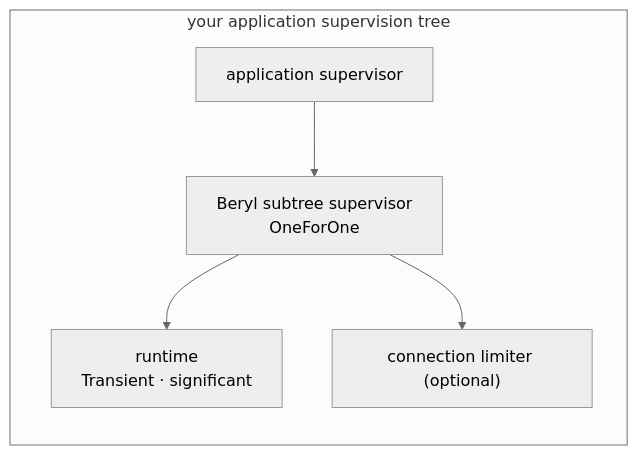
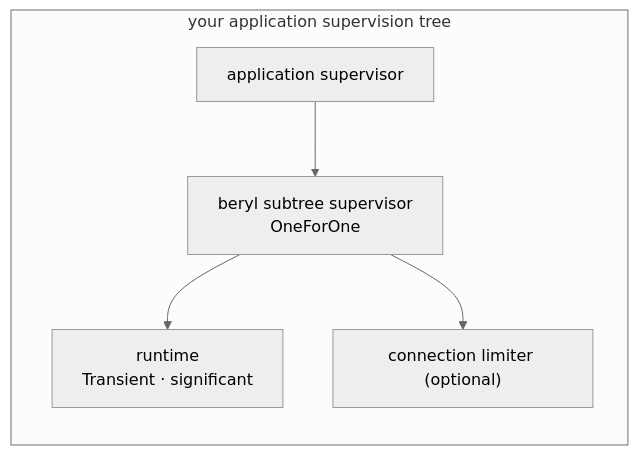
Before and after one commit to tylerbutler/beryl: the second of 11 diagrams in docs/architecture-deck.md, drawn with Mermaid (neutral theme). The commit also changed other lines of this file and 71 other files, not shown here.

````diff
--- a/docs/architecture-deck.md
+++ b/docs/architecture-deck.md
@@ -129,8 +129,8 @@
 ```mermaid
 flowchart LR
   subgraph App["your application supervision tree"]
-    AppSup["application supervisor"] --> Sup["Beryl subtree supervisor<br/>OneForOne"]
+    AppSup["application supervisor"] --> Sup["beryl subtree supervisor<br/>OneForOne"]
     Sup --> Rt["runtime<br/>Transient · significant"]
     Sup --> Lim["connection limiter (optional)"]
   end
 ```
````
